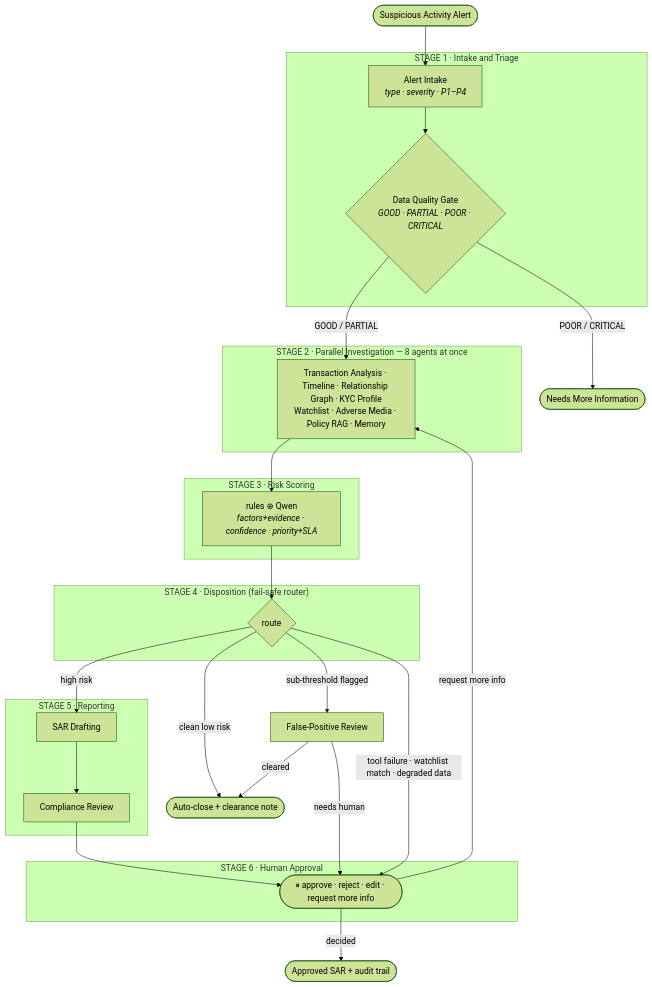
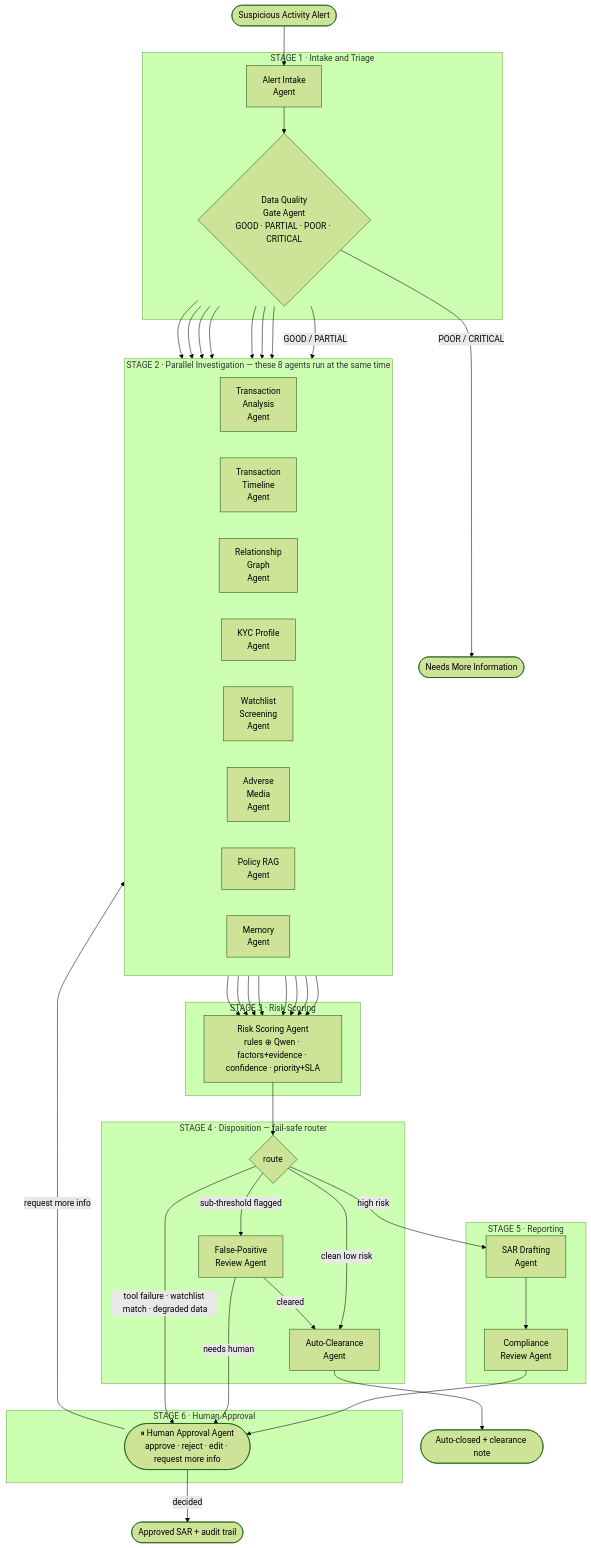
Before and after one commit to sonnysanputra/ComplianceGuard: the diagram in README.md, drawn with Mermaid (forest theme).

Commit message:
Clarify architecture diagram

````diff
--- a/README.md
+++ b/README.md
@@ -36,41 +36,50 @@
 ```mermaid
 flowchart TD
     A([Suspicious Activity Alert]) --> AI
 
     subgraph S1["STAGE 1 · Intake and Triage"]
-        AI["Alert Intake<br/><i>type · severity · P1–P4</i>"] --> DQ{"Data Quality Gate<br/><i>GOOD · PARTIAL · POOR · CRITICAL</i>"}
+        AI["Alert Intake<br/>Agent"] --> DQ{"Data Quality<br/>Gate Agent<br/>GOOD · PARTIAL · POOR · CRITICAL"}
     end
     DQ -->|POOR / CRITICAL| NMI([Needs More Information])
 
-    subgraph S2["STAGE 2 · Parallel Investigation — 8 agents at once"]
-        INV["Transaction Analysis · Timeline · Relationship Graph · KYC Profile<br/>Watchlist · Adverse Media · Policy RAG · Memory"]
+    subgraph S2["STAGE 2 · Parallel Investigation — these 8 agents run at the same time"]
+        direction LR
+        T1["Transaction<br/>Analysis<br/>Agent"]
+        T2["Transaction<br/>Timeline<br/>Agent"]
+        T3["Relationship<br/>Graph<br/>Agent"]
+        T4["KYC Profile<br/>Agent"]
+        T5["Watchlist<br/>Screening<br/>Agent"]
+        T6["Adverse<br/>Media<br/>Agent"]
+        T7["Policy RAG<br/>Agent"]
+        T8["Memory<br/>Agent"]
     end
-    DQ -->|GOOD / PARTIAL| INV
+    DQ -->|GOOD / PARTIAL| T1
+    DQ --> T2 & T3 & T4 & T5 & T6 & T7 & T8
 
     subgraph S3["STAGE 3 · Risk Scoring"]
-        RS["rules ⊕ Qwen<br/><i>factors+evidence · confidence · priority+SLA</i>"]
+        RS["Risk Scoring Agent<br/>rules ⊕ Qwen · factors+evidence · confidence · priority+SLA"]
     end
-    INV --> RS
+    T1 & T2 & T3 & T4 & T5 & T6 & T7 & T8 --> RS
 
-    subgraph S4["STAGE 4 · Disposition (fail-safe router)"]
-        R{route}
+    subgraph S4["STAGE 4 · Disposition — fail-safe router"]
+        R{route} -->|sub-threshold flagged| FP["False-Positive<br/>Review Agent"]
+        R -->|clean low risk| ACL["Auto-Clearance<br/>Agent"]
+        FP -->|cleared| ACL
     end
     RS --> R
-    R -->|clean low risk| AC([Auto-close + clearance note])
-    R -->|sub-threshold flagged| FP["False-Positive Review"]
-    FP -->|cleared| AC
+    ACL --> AC([Auto-closed + clearance note])
 
     subgraph S5["STAGE 5 · Reporting"]
-        SAR["SAR Drafting"] --> CR["Compliance Review"]
+        SAR["SAR Drafting<br/>Agent"] --> CR["Compliance<br/>Review Agent"]
     end
     R -->|high risk| SAR
 
     subgraph S6["STAGE 6 · Human Approval"]
-        H(["⏸ approve · reject · edit · request more info"])
+        H(["⏸ Human Approval Agent<br/>approve · reject · edit · request more info"])
     end
     CR --> H
     FP -->|needs human| H
     R -->|tool failure · watchlist match · degraded data| H
-    H -->|request more info| INV
+    H -->|request more info| T1
     H -->|decided| DONE([Approved SAR + audit trail])
 ```
````
